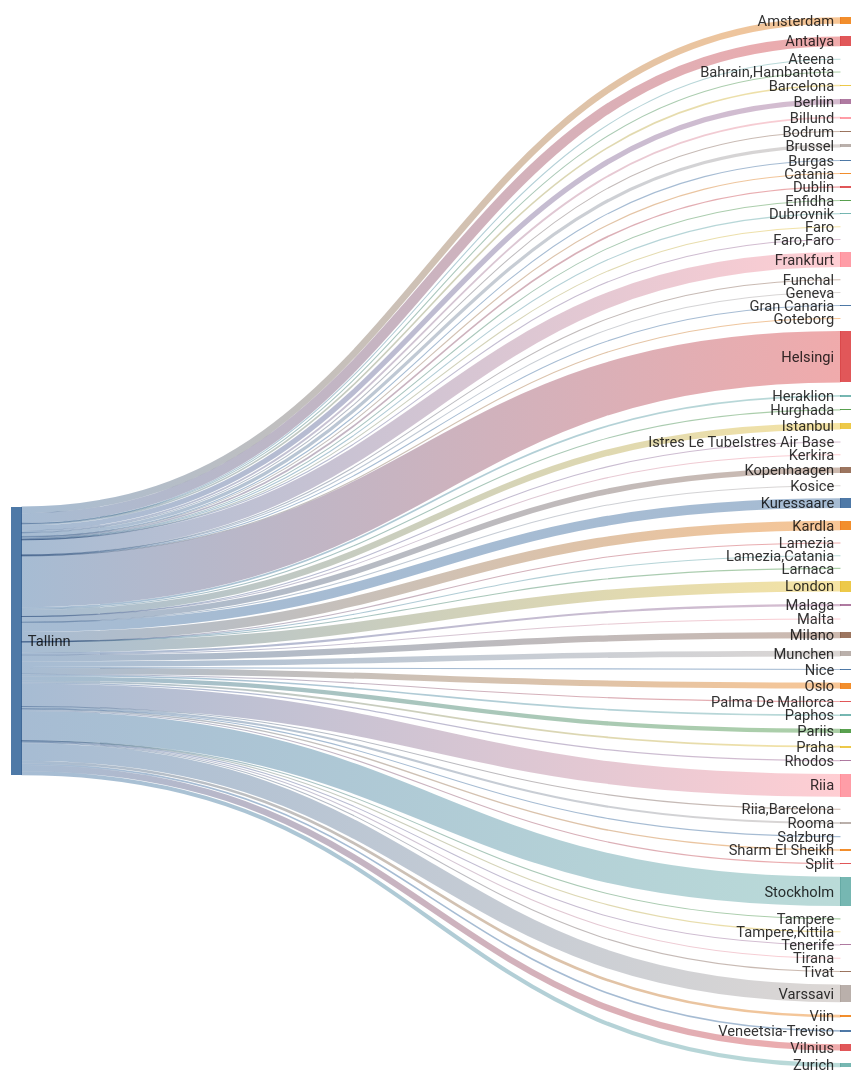
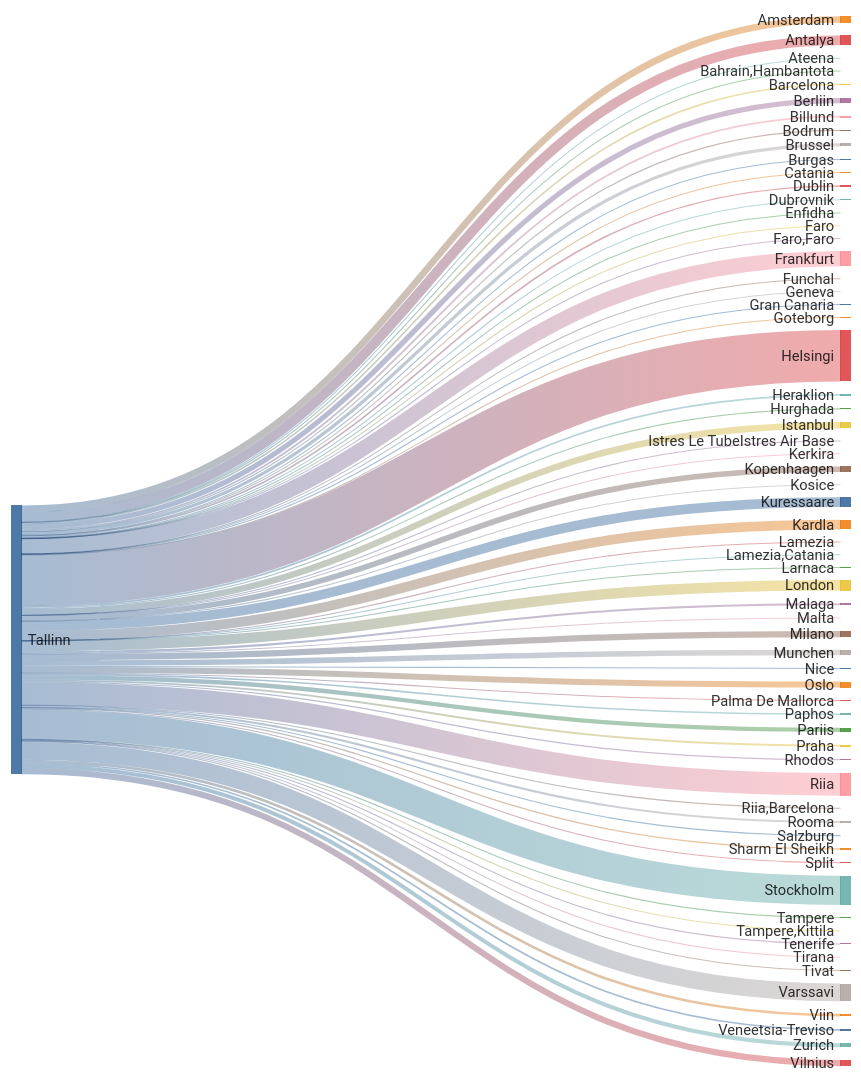
The second of 2 diagrams in README.md (rainermesi/tll-airport-departures), drawn with Mermaid before and after one commit. The commit also changed other lines of this file, not shown here.

````diff
--- a/README.md
+++ b/README.md
@@ -34,76 +34,76 @@
 ```mermaid
 ---
 config:
   sankey:
     showValues: false
     width: 800
     height: 1000
 ---
 sankey-beta
 %% source,target,value
-Tallinn,Amsterdam,176
-Tallinn,Antalya,260
+Tallinn,Amsterdam,178
+Tallinn,Antalya,261
 Tallinn,Ateena,16
 Tallinn,"Bahrain,Hambantota",1
 Tallinn,Barcelona,43
-Tallinn,Berliin,138
+Tallinn,Berliin,139
 Tallinn,Billund,49
 Tallinn,Bodrum,11
-Tallinn,Brussel,86
+Tallinn,Brussel,87
 Tallinn,Burgas,21
 Tallinn,Catania,2
-Tallinn,Dublin,43
+Tallinn,Dublin,44
 Tallinn,Dubrovnik,21
 Tallinn,Enfidha,7
 Tallinn,Faro,4
 Tallinn,"Faro,Faro",1
-Tallinn,Frankfurt,399
+Tallinn,Frankfurt,402
 Tallinn,Funchal,5
 Tallinn,Geneva,1
 Tallinn,Gran Canaria,19
 Tallinn,Goteborg,1
-Tallinn,Helsingi,1357
+Tallinn,Helsingi,1365
 Tallinn,Heraklion,46
 Tallinn,Hurghada,27
-Tallinn,Istanbul,169
+Tallinn,Istanbul,171
 Tallinn,Istres Le TubeIstres Air Base,2
 Tallinn,Kerkira,4
-Tallinn,Kopenhaagen,150
+Tallinn,Kopenhaagen,151
 Tallinn,Kosice,1
-Tallinn,Kuressaare,257
-Tallinn,Kardla,257
+Tallinn,Kuressaare,259
+Tallinn,Kardla,259
 Tallinn,Lamezia,1
 Tallinn,"Lamezia,Catania",3
 Tallinn,Larnaca,4
-Tallinn,London,276
+Tallinn,London,277
 Tallinn,Malaga,55
 Tallinn,Malta,15
-Tallinn,Milano,165
+Tallinn,Milano,166
 Tallinn,Munchen,148
 Tallinn,Nice,25
-Tallinn,Oslo,159
+Tallinn,Oslo,160
 Tallinn,Palma De Mallorca,19
-Tallinn,Paphos,42
-Tallinn,Pariis,116
+Tallinn,Paphos,43
+Tallinn,Pariis,117
 Tallinn,Praha,49
 Tallinn,Rhodos,32
-Tallinn,Riia,601
+Tallinn,Riia,605
 Tallinn,"Riia,Barcelona",1
 Tallinn,Rooma,56
 Tallinn,Salzburg,2
 Tallinn,Sharm El Sheikh,36
 Tallinn,Split,25
-Tallinn,Stockholm,771
+Tallinn,Stockholm,775
 Tallinn,Tampere,17
 Tallinn,"Tampere,Kittila",2
-Tallinn,Tenerife,27
+Tallinn,Tenerife,28
 Tallinn,Tirana,8
 Tallinn,Tivat,26
-Tallinn,Varssavi,466
+Tallinn,Varssavi,469
 Tallinn,Veneetsia-Treviso,44
-Tallinn,Viin,70
-Tallinn,Vilnius,164
-Tallinn,Zurich,107
+Tallinn,Viin,71
+Tallinn,Vilnius,165
+Tallinn,Zurich,108
 
 
 ```
````
